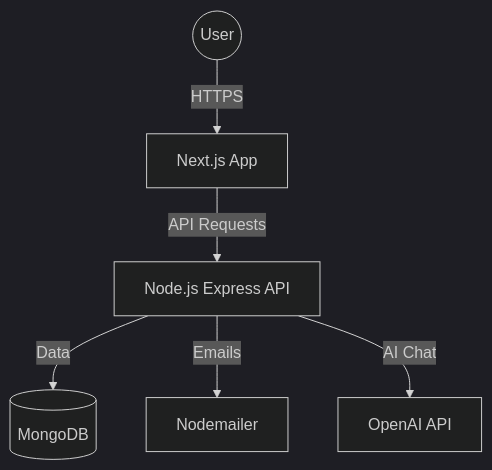
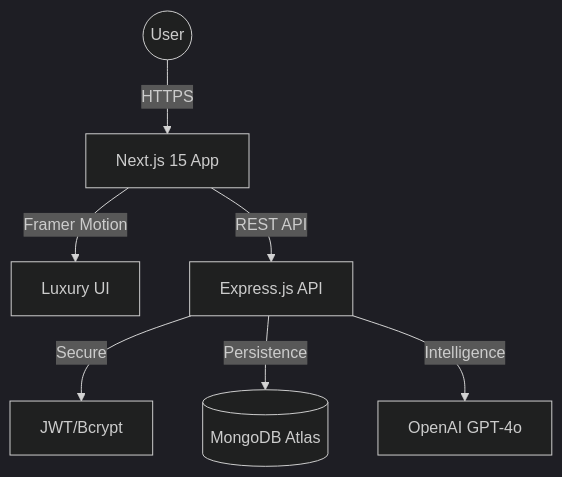
One commit to tatheer583/Skardu-Spring- changed the diagram in README.md. Above: the diagram before and after it, drawn with Mermaid (dark theme). The commit also changed other lines of this file and 3 other files, not shown here.

Commit message:
Update ARCHITECTURE.md, README.md, globals.css, and Hero component

````diff
--- a/README.md
+++ b/README.md
@@ -20,8 +30,9 @@
 ```mermaid
 graph TD
-    User((User)) -->|HTTPS| Frontend[Next.js App]
-    Frontend -->|API Requests| Backend[Node.js Express API]
-    Backend -->|Data| MongoDB[(MongoDB)]
-    Backend -->|Emails| SMTP[Nodemailer]
-    Backend -->|AI Chat| OpenAI[OpenAI API]
+    User((User)) -->|HTTPS| Frontend[Next.js 15 App]
+    Frontend -->|Framer Motion| UI[Luxury UI]
+    Frontend -->|REST API| Backend[Express.js API]
+    Backend -->|Secure| Auth[JWT/Bcrypt]
+    Backend -->|Persistence| MongoDB[(MongoDB Atlas)]
+    Backend -->|Intelligence| AI[OpenAI GPT-4o]
 ```
````
